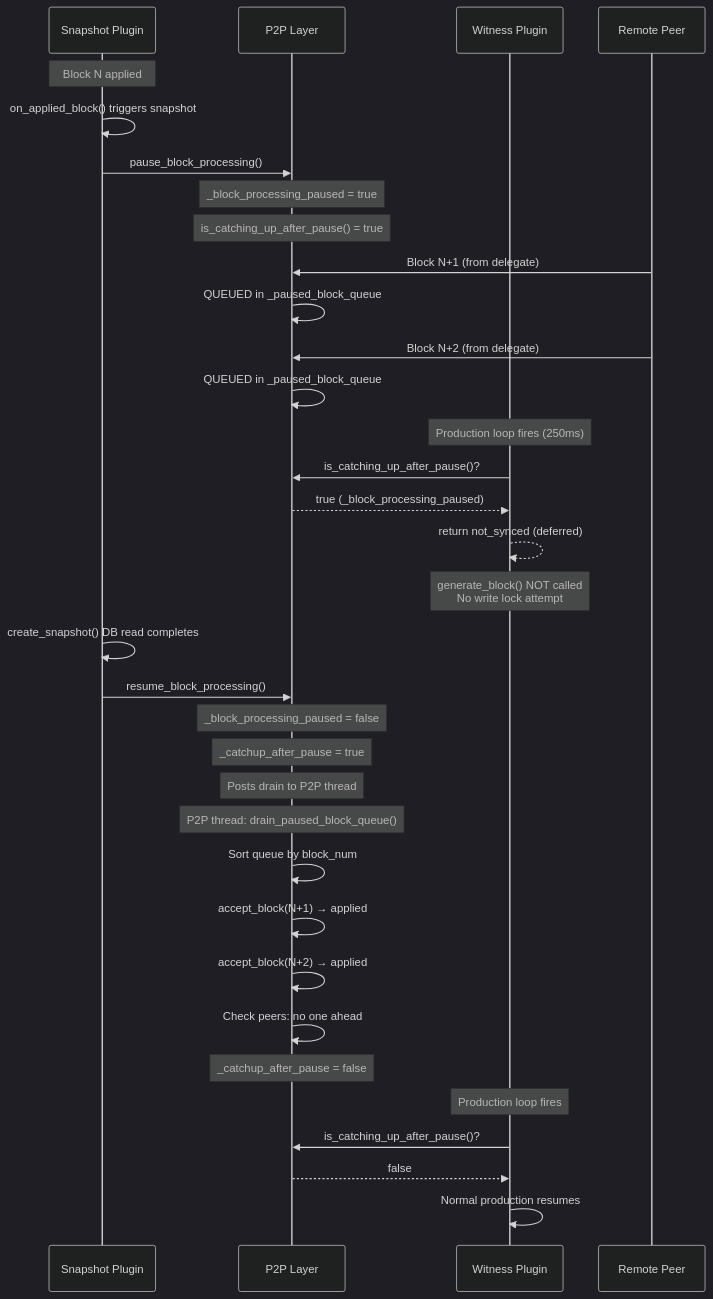
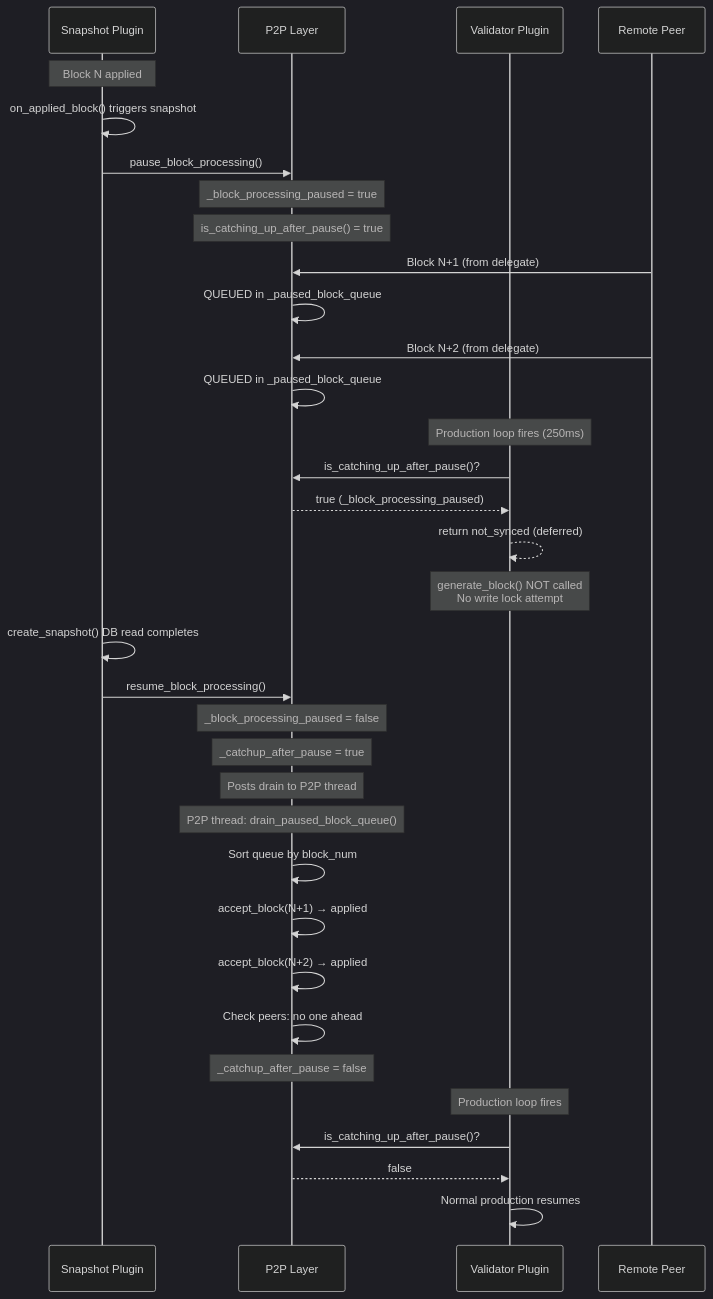
Before and after one commit to VIZ-Blockchain/viz-cpp-node: the first of 4 diagrams in .qoder/docs/snapshot-pause-workflow.md, drawn with Mermaid (dark theme). The commit also changed other lines of this file and 88 other files, not shown here.

First line of the commit message:
docs(validator): rename witness to validator throughout documentation

````diff
--- a/.qoder/docs/snapshot-pause-workflow.md
+++ b/.qoder/docs/snapshot-pause-workflow.md
@@ -14,42 +14,42 @@
 ```mermaid
 sequenceDiagram
     participant SP as Snapshot Plugin
     participant P2P as P2P Layer
-    participant W as Witness Plugin
+    participant W as Validator Plugin
     participant Peer as Remote Peer
 
     Note over SP: Block N applied
     SP->>SP: on_applied_block() triggers snapshot
     SP->>P2P: pause_block_processing()
     Note over P2P: _block_processing_paused = true
     Note over P2P: is_catching_up_after_pause() = true
 
     Peer->>P2P: Block N+1 (from delegate)
     P2P->>P2P: QUEUED in _paused_block_queue
     Peer->>P2P: Block N+2 (from delegate)
     P2P->>P2P: QUEUED in _paused_block_queue
 
     Note over W: Production loop fires (250ms)
     W->>P2P: is_catching_up_after_pause()?
     P2P-->>W: true (_block_processing_paused)
     W-->>W: return not_synced (deferred)
     Note over W: generate_block() NOT called<br/>No write lock attempt
 
     SP->>SP: create_snapshot() DB read completes
     SP->>P2P: resume_block_processing()
     Note over P2P: _block_processing_paused = false
     Note over P2P: _catchup_after_pause = true
     Note over P2P: Posts drain to P2P thread
 
     Note over P2P: P2P thread: drain_paused_block_queue()
     P2P->>P2P: Sort queue by block_num
     P2P->>P2P: accept_block(N+1) → applied
     P2P->>P2P: accept_block(N+2) → applied
     P2P->>P2P: Check peers: no one ahead
     Note over P2P: _catchup_after_pause = false
 
     Note over W: Production loop fires
     W->>P2P: is_catching_up_after_pause()?
     P2P-->>W: false
     W->>W: Normal production resumes
 ```
````
